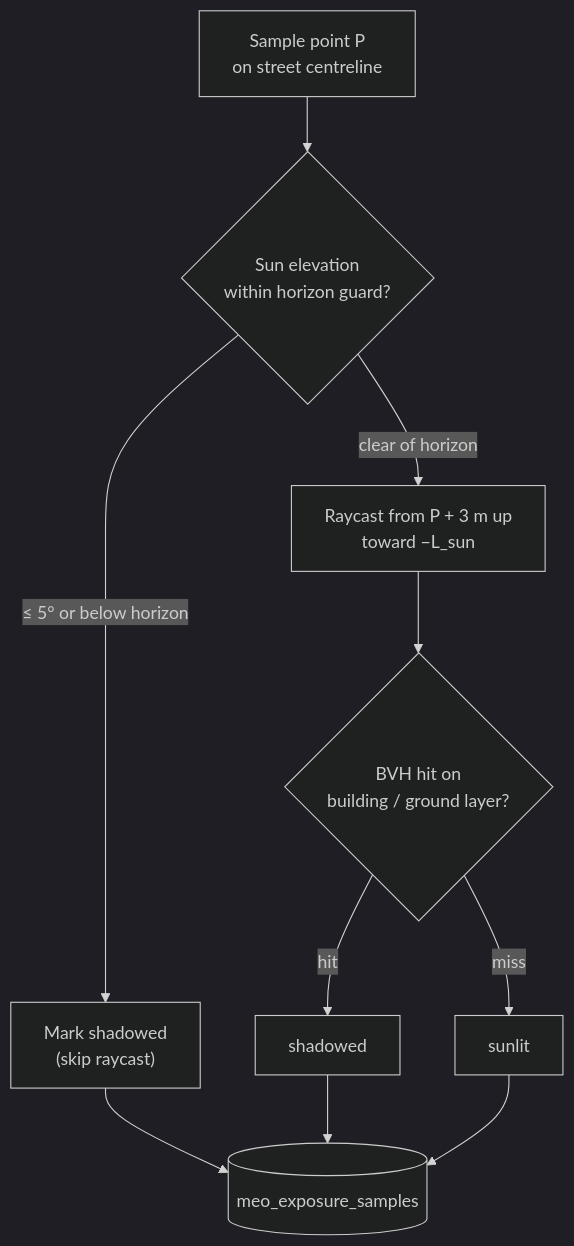
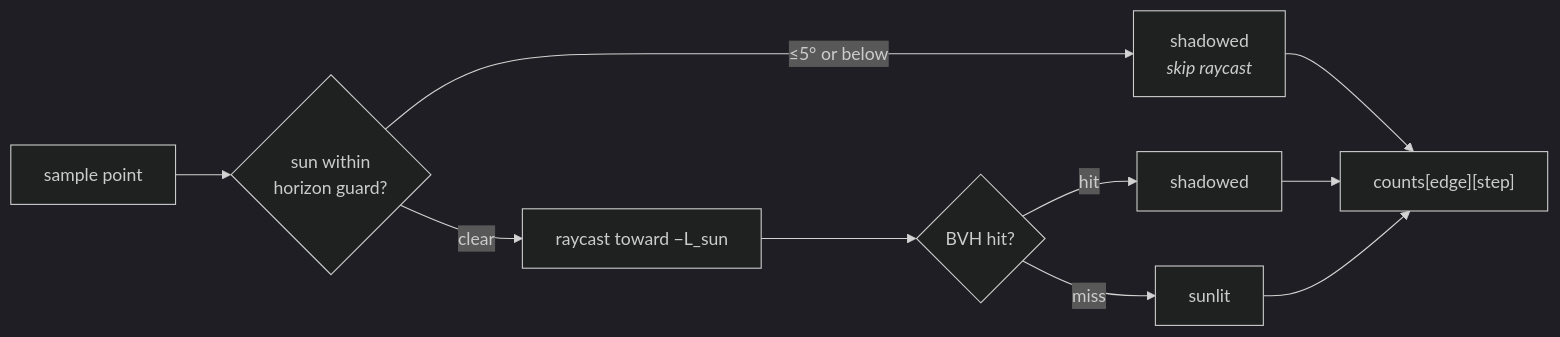
The third of 4 diagrams in README.md (leo-Zhizhu/SunlightCity------Large-Scale-Simulation-Data-Pipeline), drawn with Mermaid (dark theme) before and after one commit. The commit also changed other lines of this file and 3 other files, not shown here.

First line of the commit message:
docs: ARCHITECTURE / DEPLOYMENT / TUNING + README rewritten for v2

````diff
--- a/README.md
+++ b/README.md
@@ -132,12 +314,12 @@
 ```mermaid
-flowchart TB
-    A["Sample point P<br/>on street centreline"] --> B{"Sun elevation<br/>within horizon guard?"}
-    B -->|"≤ 5° or below horizon"| C["Mark shadowed<br/>(skip raycast)"]
-    B -->|"clear of horizon"| D["Raycast from P + 3 m up<br/>toward −L_sun"]
-    D --> E{"BVH hit on<br/>building / ground layer?"}
+flowchart LR
+    A["sample point"] --> B{"sun within<br/>horizon guard?"}
+    B -->|"≤5° or below"| C["shadowed<br/><i>skip raycast</i>"]
+    B -->|clear| D["raycast toward −L_sun"]
+    D --> E{"BVH hit?"}
     E -->|hit| F["shadowed"]
     E -->|miss| G["sunlit"]
-    C --> H[("meo_exposure_samples")]
+    C --> H["counts[edge][step]"]
     F --> H
     G --> H
 ```
````
